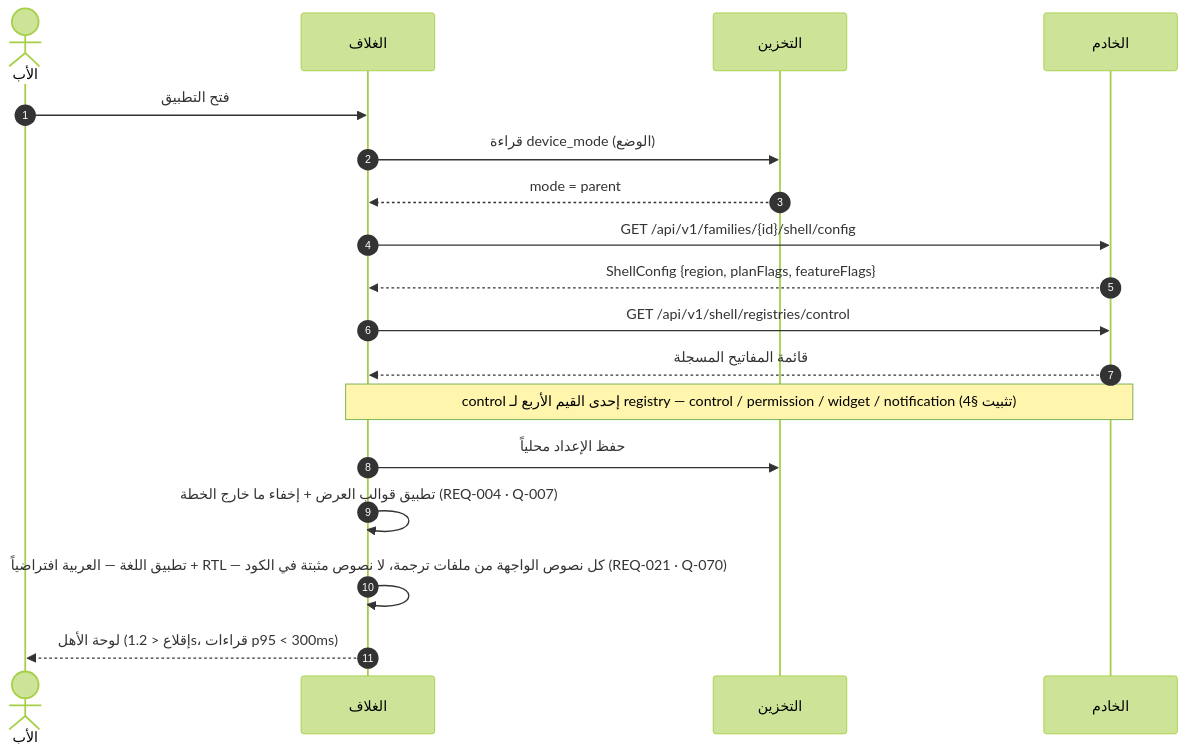
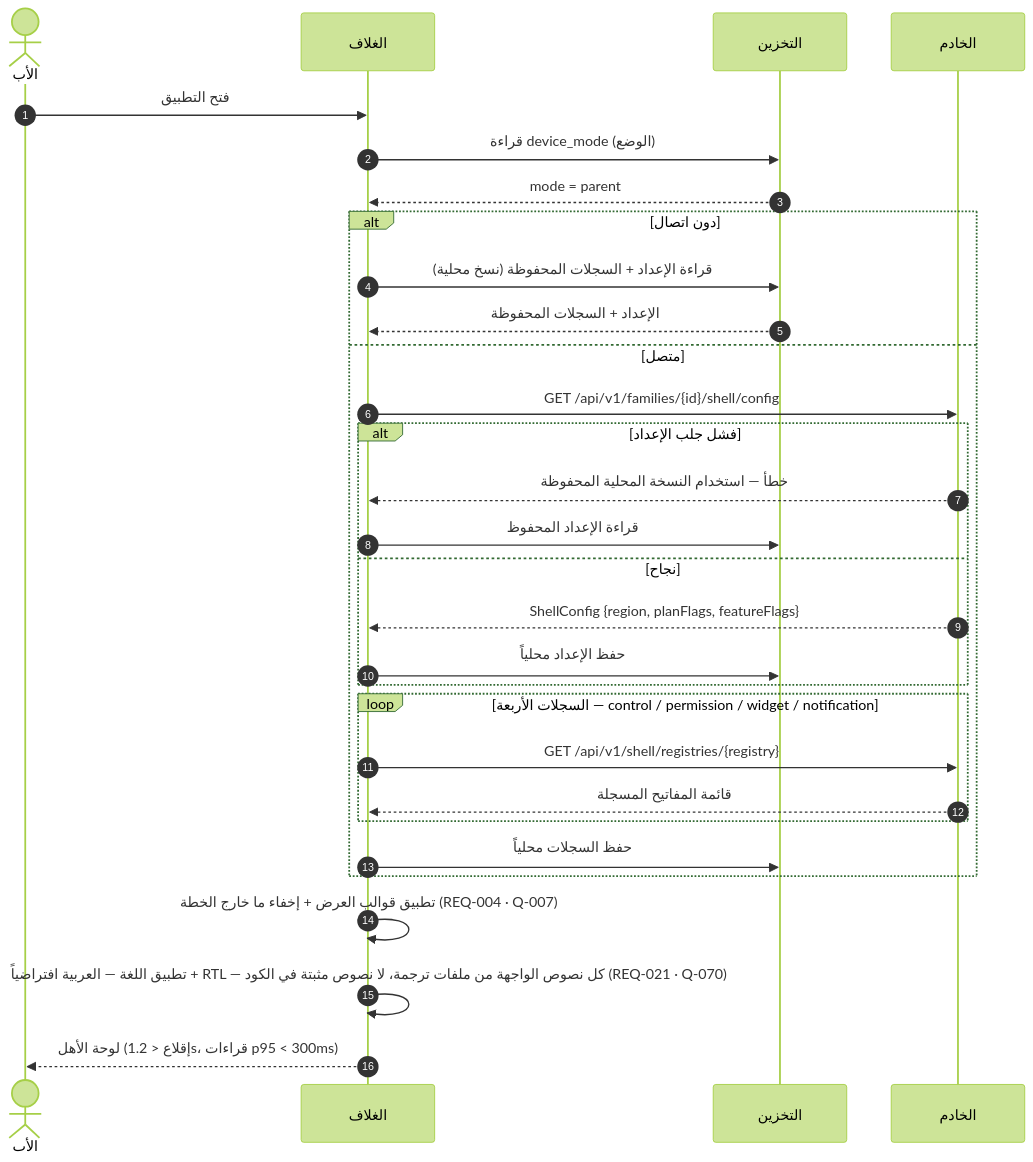
Before and after one commit to Bassam-mohammed-alqaeadi/family-os-v2: the third of 13 diagrams in docs/family-os/governance/phases/phase-1/S1-01-app-shell-and-platform/DIAGRAMS.md, drawn with Mermaid (forest theme). The commit also changed other lines of this file and 3 other files, not shown here.

````diff
--- a/docs/family-os/governance/phases/phase-1/S1-01-app-shell-and-platform/DIAGRAMS.md
+++ b/docs/family-os/governance/phases/phase-1/S1-01-app-shell-and-platform/DIAGRAMS.md
@@ -154,20 +184,32 @@
 ```mermaid
 sequenceDiagram
     autonumber
     actor Father as الأب
     participant Shell as الغلاف
     participant Store as التخزين
     participant Ktor as الخادم
     Father->>Shell: فتح التطبيق
     Shell->>Store: قراءة device_mode (الوضع)
     Store-->>Shell: mode = parent
-    Shell->>Ktor: GET /api/v1/families/{id}/shell/config
-    Ktor-->>Shell: ShellConfig {region, planFlags, featureFlags}
-    Shell->>Ktor: GET /api/v1/shell/registries/control
-    Ktor-->>Shell: قائمة المفاتيح المسجلة
-    Note over Shell,Ktor: control إحدى القيم الأربع لـ registry — control / permission / widget / notification (تثبيت §4)
-    Shell->>Store: حفظ الإعداد محلياً
+    alt دون اتصال
+        Shell->>Store: قراءة الإعداد + السجلات المحفوظة (نسخ محلية)
+        Store-->>Shell: الإعداد + السجلات المحفوظة
+    else متصل
+        Shell->>Ktor: GET /api/v1/families/{id}/shell/config
+        alt فشل جلب الإعداد
+            Ktor-->>Shell: خطأ — استخدام النسخة المحلية المحفوظة
+            Shell->>Store: قراءة الإعداد المحفوظ
+        else نجاح
+            Ktor-->>Shell: ShellConfig {region, planFlags, featureFlags}
+            Shell->>Store: حفظ الإعداد محلياً
+        end
+        loop السجلات الأربعة — control / permission / widget / notification
+            Shell->>Ktor: GET /api/v1/shell/registries/{registry}
+            Ktor-->>Shell: قائمة المفاتيح المسجلة
+        end
+        Shell->>Store: حفظ السجلات محلياً
+    end
     Shell->>Shell: تطبيق قوالب العرض + إخفاء ما خارج الخطة (REQ-004 · Q-007)
     Shell->>Shell: تطبيق اللغة — العربية افتراضياً + RTL — كل نصوص الواجهة من ملفات ترجمة، لا نصوص مثبتة في الكود (REQ-021 · Q-070)
     Shell-->>Father: لوحة الأهل (إقلاع < 1.2s، قراءات p95 < 300ms)
 ```
````
